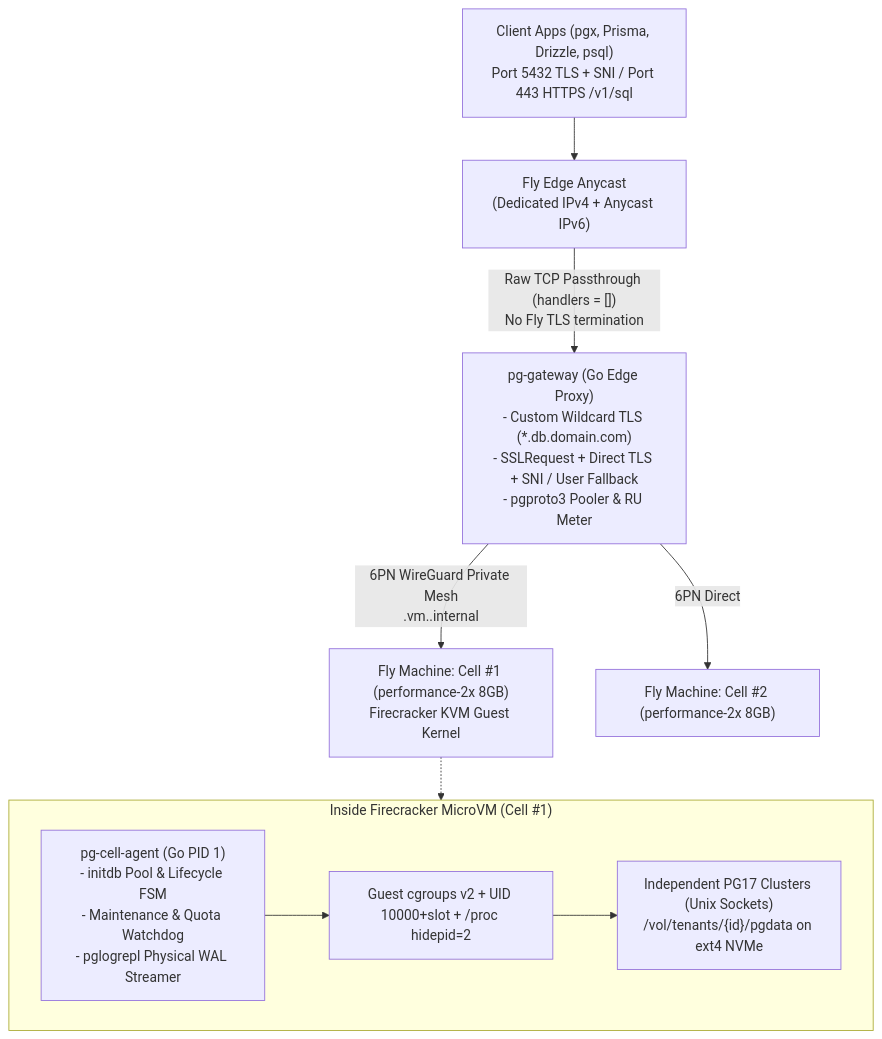
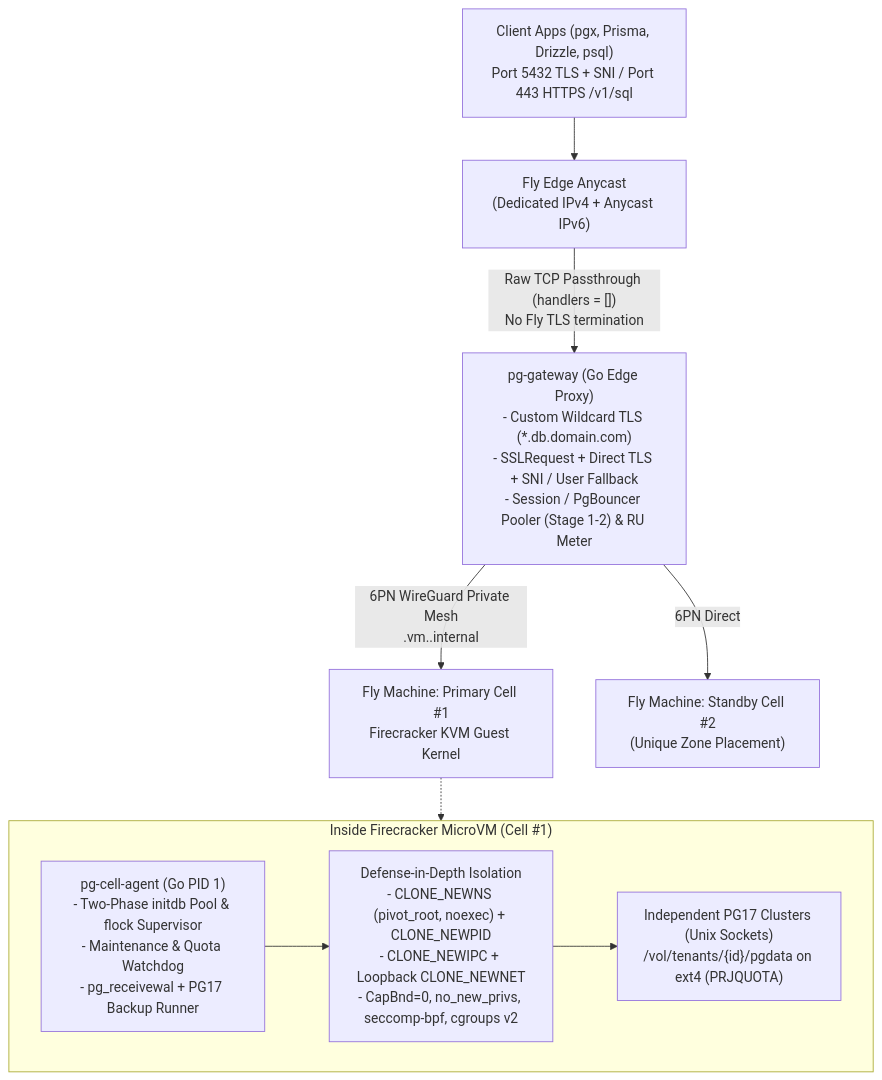
The diagram in experimental-db/plan.md (Mahadi-rsio/cloud), drawn with Mermaid before and after one commit. The commit also changed other lines of this file and 2 other files, not shown here.

Commit message:
docs(experimental-db): apply principal review fixes and Fly runtime compatibility matrix

````diff
--- a/experimental-db/plan.md
+++ b/experimental-db/plan.md
@@ -32,17 +33,17 @@
 ```mermaid
 flowchart TB
     Client["Client Apps (pgx, Prisma, Drizzle, psql)\nPort 5432 TLS + SNI / Port 443 HTTPS /v1/sql"] --> Anycast["Fly Edge Anycast\n(Dedicated IPv4 + Anycast IPv6)"]
-    Anycast -->|"Raw TCP Passthrough (handlers = [])\nNo Fly TLS termination"| GW["pg-gateway (Go Edge Proxy)\n- Custom Wildcard TLS (*.db.domain.com)\n- SSLRequest + Direct TLS + SNI / User Fallback\n- pgproto3 Pooler & RU Meter"]
+    Anycast -->|"Raw TCP Passthrough (handlers = [])\nNo Fly TLS termination"| GW["pg-gateway (Go Edge Proxy)\n- Custom Wildcard TLS (*.db.domain.com)\n- SSLRequest + Direct TLS + SNI / User Fallback\n- Session / PgBouncer Pooler (Stage 1-2) & RU Meter"]
 
-    GW -->|"6PN WireGuard Private Mesh\n<machine_id>.vm.<cell-app>.internal"| Cell1["Fly Machine: Cell #1 (performance-2x 8GB)\nFirecracker KVM Guest Kernel"]
-    GW -->|"6PN Direct"| Cell2["Fly Machine: Cell #2 (performance-2x 8GB)"]
+    GW -->|"6PN WireGuard Private Mesh\n<machine_id>.vm.<cell-app>.internal"| Cell1["Fly Machine: Primary Cell #1\nFirecracker KVM Guest Kernel"]
+    GW -->|"6PN Direct"| Cell2["Fly Machine: Standby Cell #2\n(Unique Zone Placement)"]
 
     subgraph InsideCell["Inside Firecracker MicroVM (Cell #1)"]
-        Agent["pg-cell-agent (Go PID 1)\n- initdb Pool & Lifecycle FSM\n- Maintenance & Quota Watchdog\n- pglogrepl Physical WAL Streamer"]
-        Cgroups["Guest cgroups v2 + UID 10000+slot + /proc hidepid=2"]
-        PGs["Independent PG17 Clusters (Unix Sockets)\n/vol/tenants/{id}/pgdata on ext4 NVMe"]
-        Agent --> Cgroups --> PGs
+        Agent["pg-cell-agent (Go PID 1)\n- Two-Phase initdb Pool & flock Supervisor\n- Maintenance & Quota Watchdog\n- pg_receivewal + PG17 Backup Runner"]
+        Iso["Defense-in-Depth Isolation\n- CLONE_NEWNS (pivot_root, noexec) + CLONE_NEWPID\n- CLONE_NEWIPC + Loopback CLONE_NEWNET\n- CapBnd=0, no_new_privs, seccomp-bpf, cgroups v2"]
+        PGs["Independent PG17 Clusters (Unix Sockets)\n/vol/tenants/{id}/pgdata on ext4 (PRJQUOTA)"]
+        Agent --> Iso --> PGs
     end
 
     Cell1 -.-> InsideCell
 ```
````
